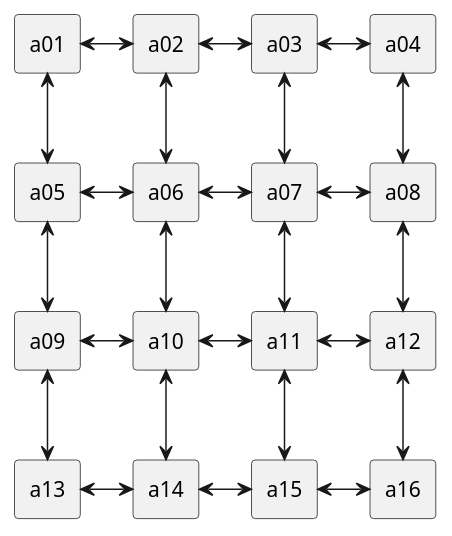
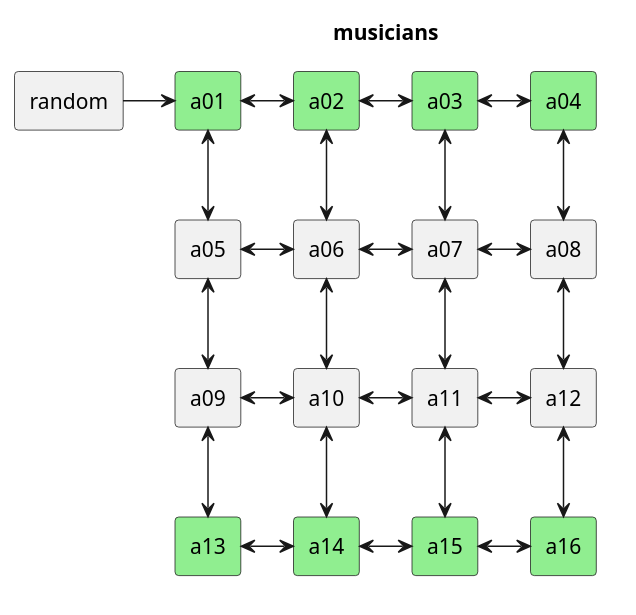
One commit to roachls/margia changed the diagram in docs/four-by-four.puml. Above: the diagram before and after it, drawn with PlantUML. The commit also changed 1 other file, not shown here.

```diff
--- a/docs/four-by-four.puml
+++ b/docs/four-by-four.puml
@@ -1,46 +1,55 @@
 @startuml
 
-agent a01
-agent a02
-agent a03
-agent a04
-agent a05
-agent a06
-agent a07
-agent a08
-agent a09
-agent a10
-agent a11
-agent a12
-agent a13
-agent a14
-agent a15
-agent a16
+skinparam rectangle {
+	BorderColor transparent
+}
 
+agent random
+rectangle musicians {
+	agent a01 #lightgreen
+	agent a02 #lightgreen
+	agent a03 #lightgreen
+	agent a04 #lightgreen
+	agent a05
+	agent a06
+	agent a07
+	agent a08
+	agent a09
+	agent a10
+	agent a11
+	agent a12
+	agent a13 #lightgreen
+	agent a14 #lightgreen
+	agent a15 #lightgreen
+	agent a16 #lightgreen
+}
+
+
+random -r-> a01
 a01 <-r-> a02
 a02 <-r-> a03
 a03 <-r-> a04
 a05 <-r-> a06
 a06 <-r-> a07
 a07 <-r-> a08
 a09 <-r-> a10
 a10 <-r-> a11
 a11 <-r-> a12
 a13 <-r-> a14
 a14 <-r-> a15
 a15 <-r-> a16
 
 a01 <-d-> a05
 a02 <-d-> a06
 a03 <-d-> a07
 a04 <-d-> a08
 a05 <-d-> a09
 a06 <-d-> a10
 a07 <-d-> a11
 a08 <-d-> a12
 a09 <-d-> a13
 a10 <-d-> a14
 a11 <-d-> a15
 a12 <-d-> a16
 
 @enduml
```
